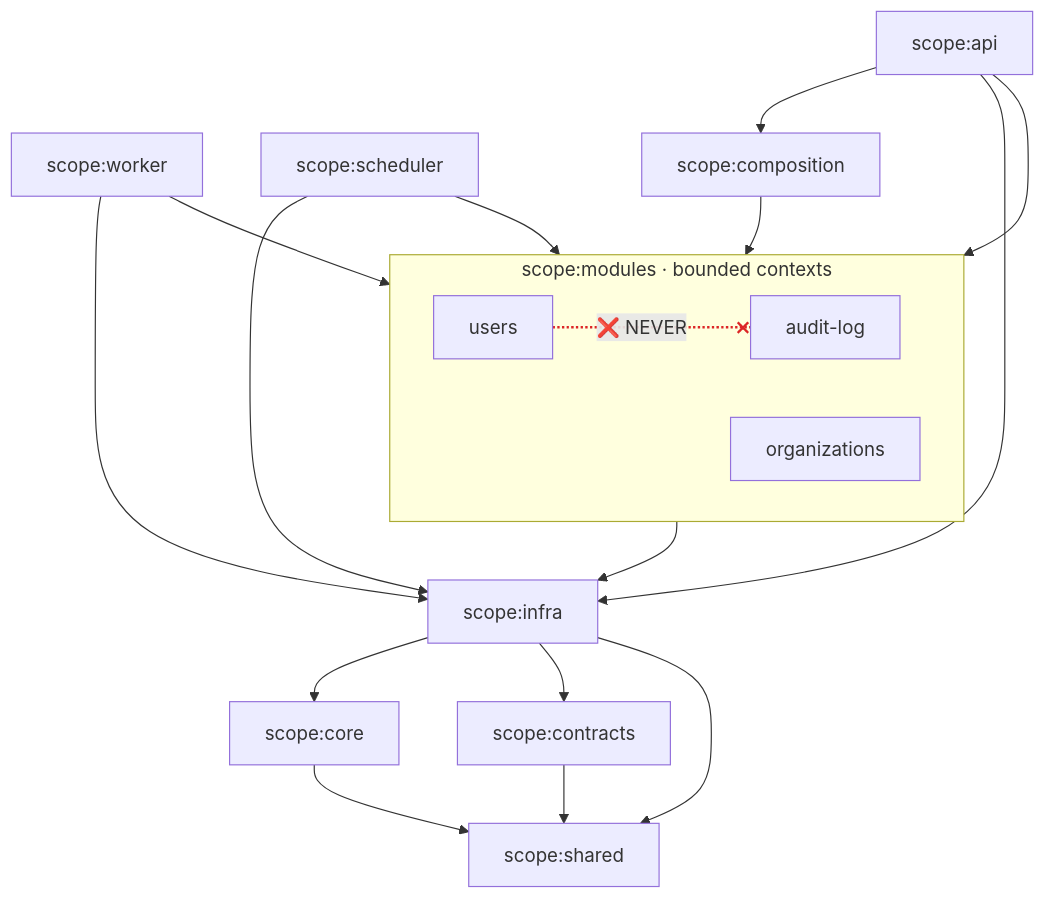
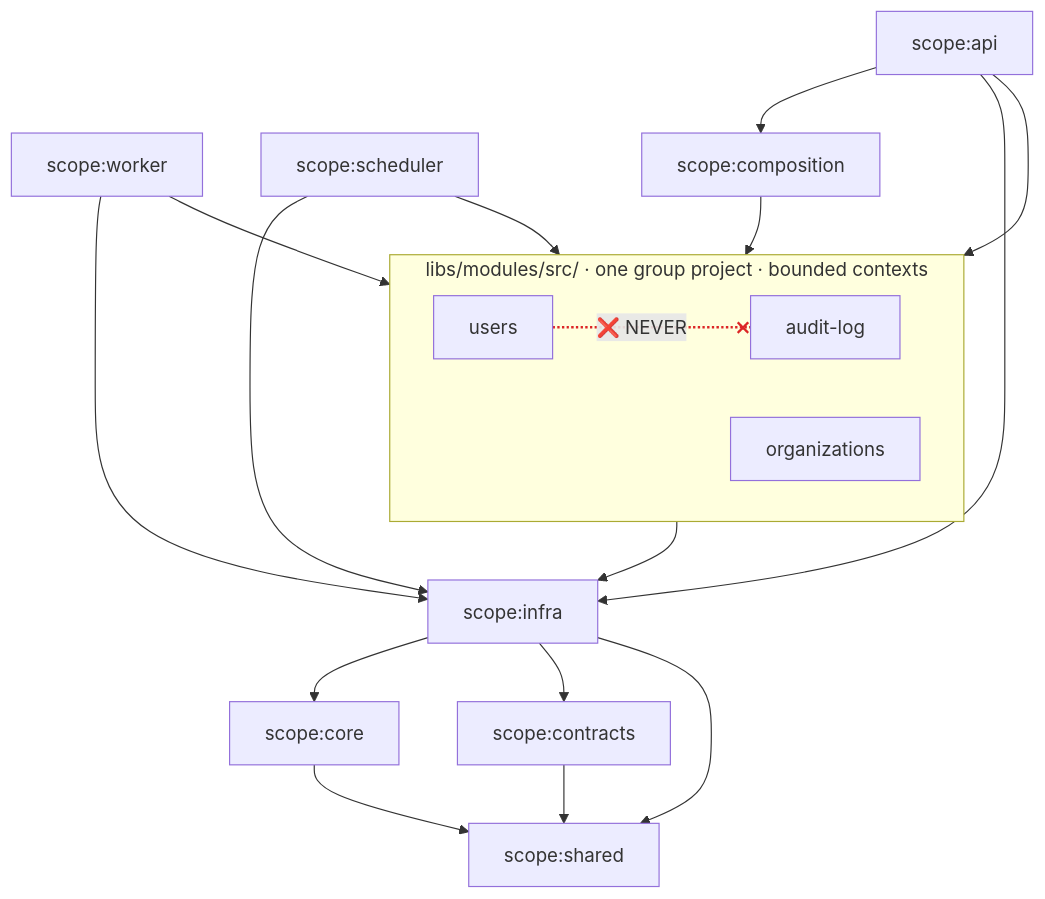
One commit to chuanghiduoc/nestjs-fastify-nx changed the second of 6 diagrams in docs/architecture.md. Above: the diagram before and after it, drawn with Mermaid. The commit also changed other lines of this file and 12 other files, not shown here.

Commit message:
docs: describe the folder-module architecture

````diff
--- a/docs/architecture.md
+++ b/docs/architecture.md
@@ -169,38 +168,38 @@
 ```mermaid
 flowchart TD
     api["scope:api"]
     worker["scope:worker"]
     scheduler["scope:scheduler"]
     comp["scope:composition"]
 
-    subgraph bc["scope:modules · bounded contexts"]
+    subgraph bc["libs/modules/src/ · one group project · bounded contexts"]
         direction LR
         m1["users"]
         m2["audit-log"]
         m3["organizations"]
     end
 
     infra["scope:infra"]
     core["scope:core"]
     contracts["scope:contracts"]
     shared["scope:shared"]
 
     api --> comp
     api --> bc
     api --> infra
     worker --> bc
     worker --> infra
     scheduler --> bc
     scheduler --> infra
     comp --> bc
     bc --> infra
     infra --> core
     infra --> contracts
     infra --> shared
     core --> shared
     contracts --> shared
 
     m1 -. "❌ NEVER" .-x m2
 
     linkStyle 14 stroke:#dc2626,stroke-width:2px;
 ```
````
